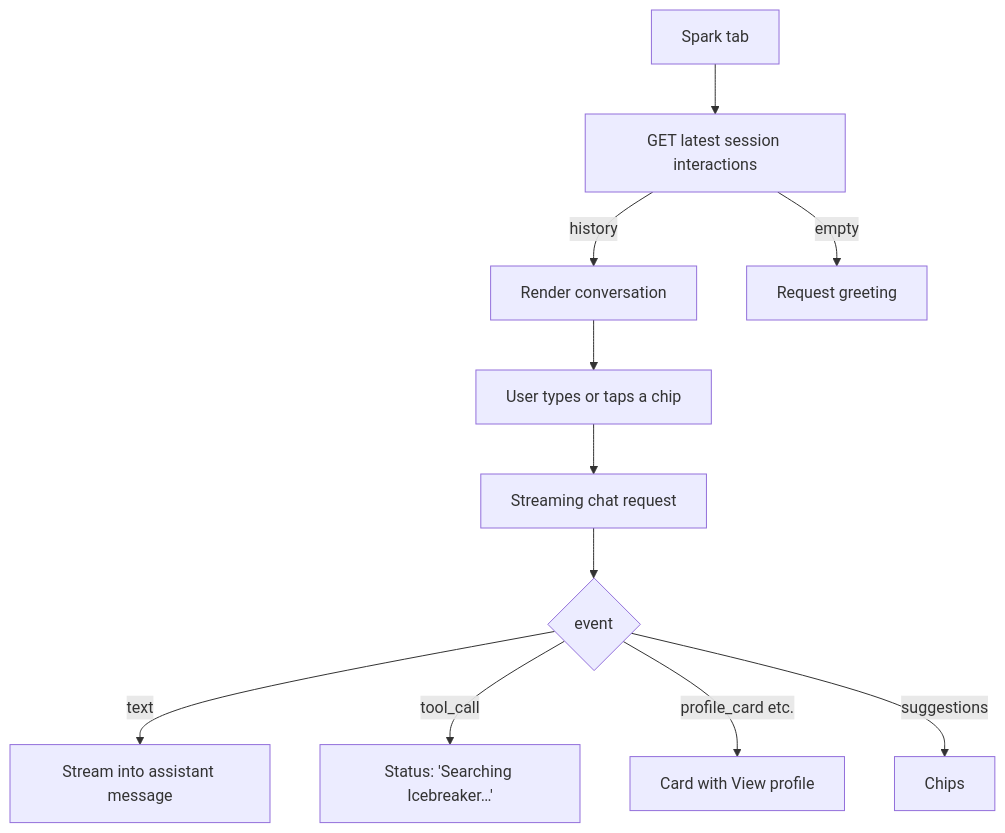
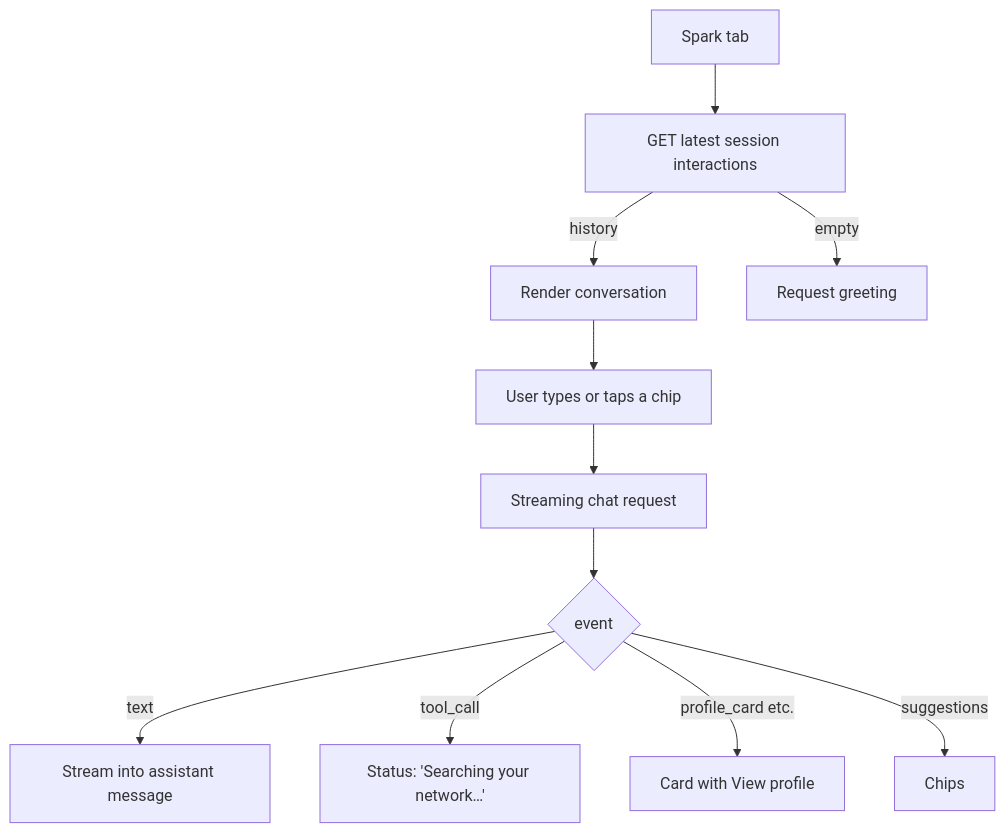
The fifth of 5 diagrams in docs/user-flows.md (itsrog97/ice-breaker-unofficial-app), drawn with Mermaid before and after one commit. The commit also changed other lines of this file and 64 other files, not shown here.

````diff
--- a/docs/user-flows.md
+++ b/docs/user-flows.md
@@ -58,13 +58,13 @@
 ```mermaid
 flowchart TD
   SP[Spark tab] --> H[GET latest session interactions]
   H -- history --> SHOW[Render conversation]
   H -- empty --> G[Request greeting]
   SHOW --> U[User types or taps a chip]
   U --> ST[Streaming chat request]
   ST --> EV{event}
   EV -- text --> T[Stream into assistant message]
-  EV -- tool_call --> A[Status: 'Searching Icebreaker…']
+  EV -- tool_call --> A[Status: 'Searching your network…']
   EV -- profile_card etc. --> C[Card with View profile]
   EV -- suggestions --> CH[Chips]
 ```
````
